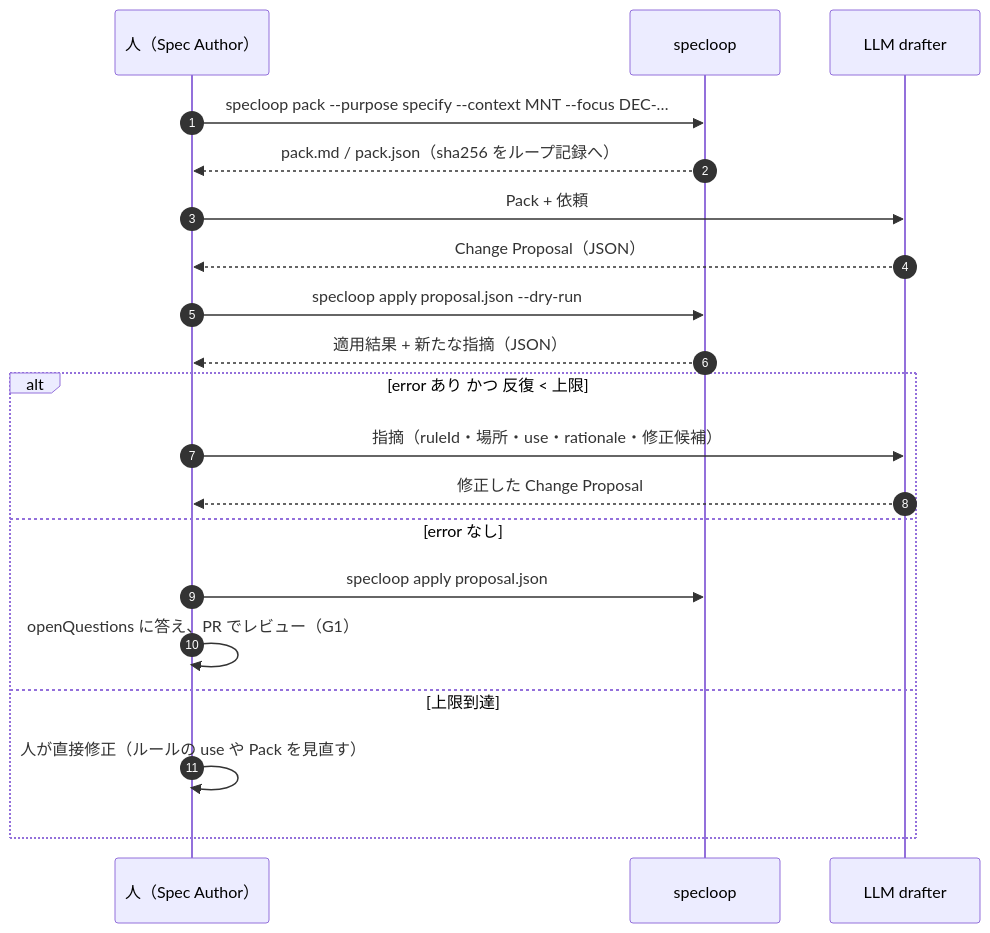
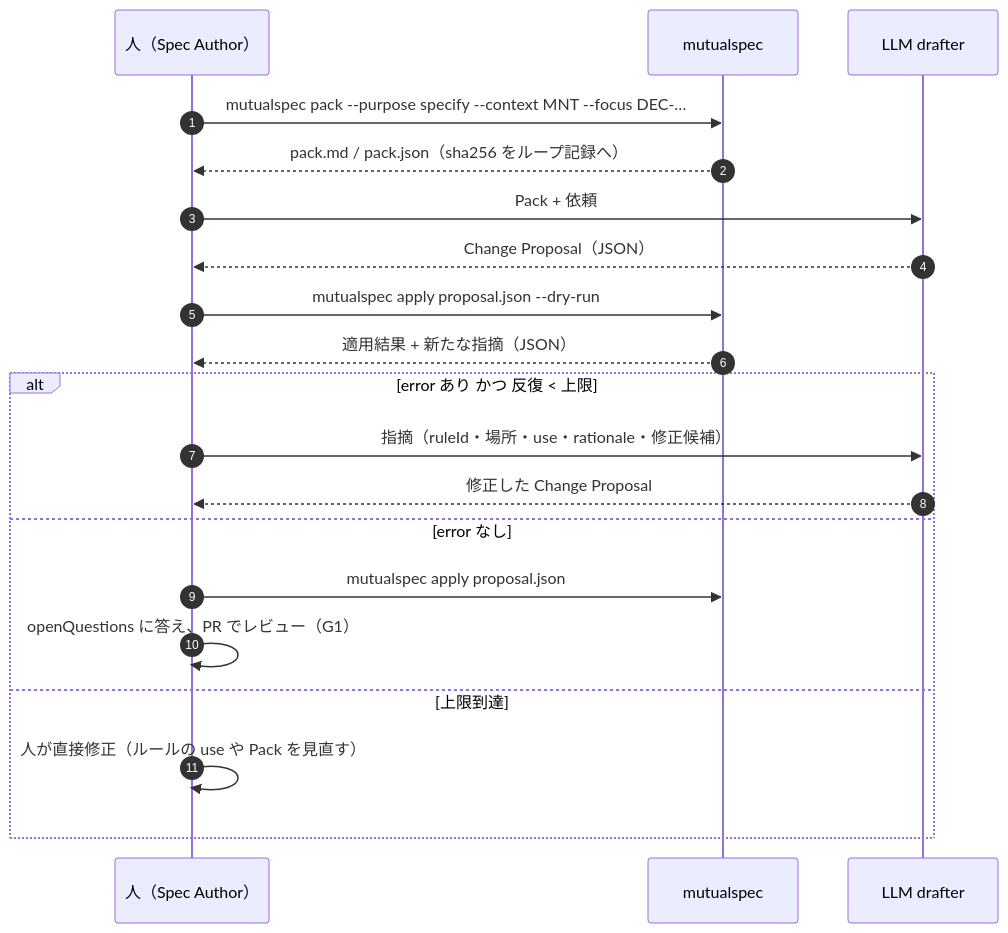
The diagram in docs/09-llm-integration.md (shuji-bonji/mutualspec), drawn with Mermaid before and after one commit. The commit also changed other lines of this file and 86 other files, not shown here.

````diff
--- a/docs/09-llm-integration.md
+++ b/docs/09-llm-integration.md
@@ -74,22 +74,22 @@
 ```mermaid
 sequenceDiagram
   autonumber
   participant H as 人（Spec Author）
-  participant CLI as specloop
+  participant CLI as mutualspec
   participant LLM as LLM drafter
-  H->>CLI: specloop pack --purpose specify --context MNT --focus DEC-…
+  H->>CLI: mutualspec pack --purpose specify --context MNT --focus DEC-…
   CLI-->>H: pack.md / pack.json（sha256 をループ記録へ）
   H->>LLM: Pack + 依頼
   LLM-->>H: Change Proposal（JSON）
-  H->>CLI: specloop apply proposal.json --dry-run
+  H->>CLI: mutualspec apply proposal.json --dry-run
   CLI-->>H: 適用結果 + 新たな指摘（JSON）
   alt error あり かつ 反復 < 上限
     H->>LLM: 指摘（ruleId・場所・use・rationale・修正候補）
     LLM-->>H: 修正した Change Proposal
   else error なし
-    H->>CLI: specloop apply proposal.json
+    H->>CLI: mutualspec apply proposal.json
     H->>H: openQuestions に答え、PR でレビュー（G1）
   else 上限到達
     H->>H: 人が直接修正（ルールの use や Pack を見直す）
   end
 ```
````
